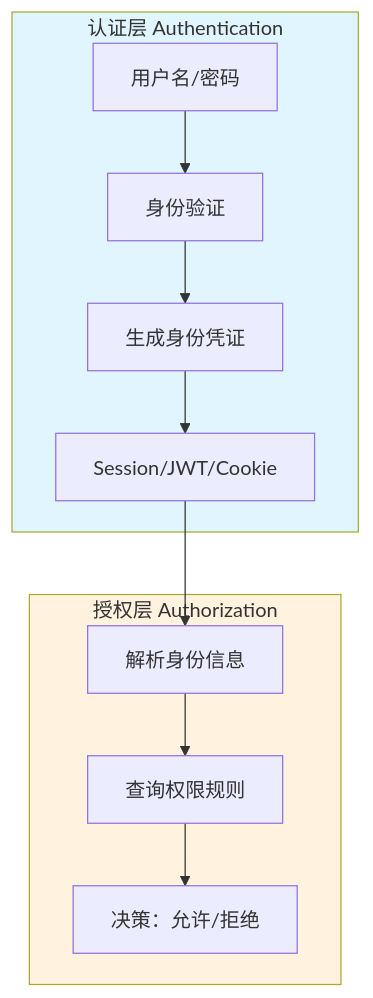
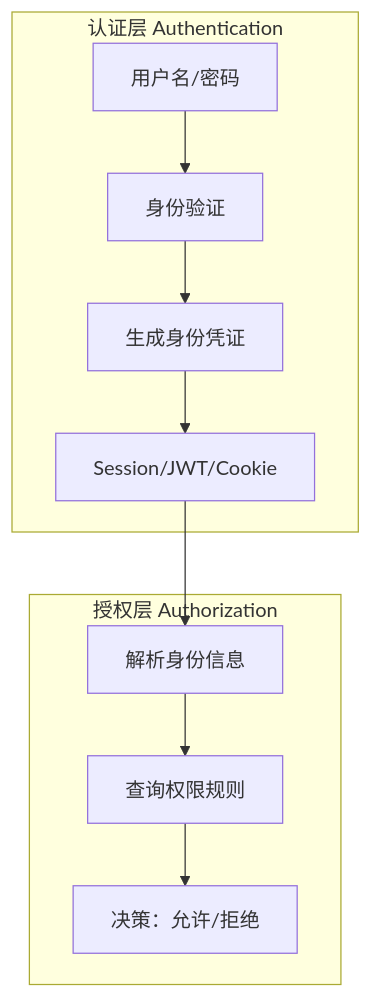
The fourth of 6 diagrams in docs/auth-vs-authz.md (luohuidong/auth-tutorial), drawn with Mermaid before and after one commit. The commit also changed other lines of this file and 8 other files, not shown here.

First line of the commit message:
docs: 移除 mermaid 图表硬编码颜色以兼容 light/dark theme

````diff
--- a/docs/auth-vs-authz.md
+++ b/docs/auth-vs-authz.md
@@ -239,17 +237,15 @@
 ```mermaid
 flowchart TB
     subgraph AuthN["认证层 Authentication"]
         A[用户名/密码] --> B[身份验证]
         B --> C[生成身份凭证]
         C --> D[Session/JWT/Cookie]
     end
 
     subgraph AuthZ["授权层 Authorization"]
         D --> E[解析身份信息]
         E --> F[查询权限规则]
         F --> G[决策：允许/拒绝]
     end
 
-    style AuthN fill:#e1f5fe
-    style AuthZ fill:#fff3e0
 ```
````
